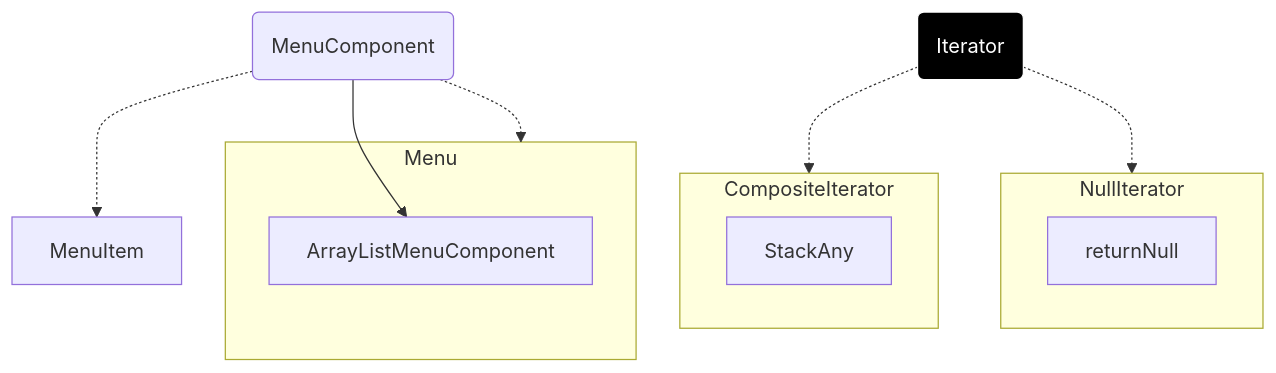
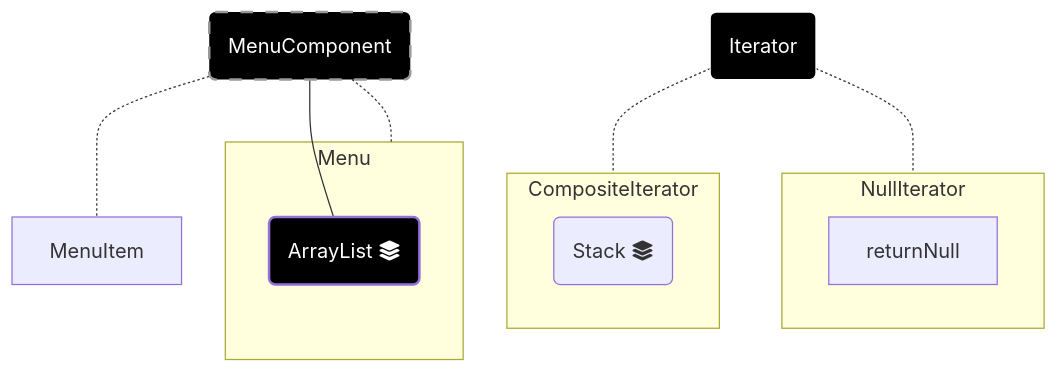
Before and after one commit to nihonXIM/OOPDesignPatterns: the second of 3 diagrams in README.md, drawn with Mermaid. The commit also changed other lines of this file and 8 other files, not shown here.

````diff
--- a/README.md
+++ b/README.md
@@ -211,29 +232,32 @@
 ```mermaid
+
 flowchart TD
+    
+    
     style Iterator fill: #000, color: #fff, stroke: #fff
+    style ArrayList fill: #000, color: #fff, stroke-width: 2px
+    style MenuComponent fill: #000, color: #fff, stroke: #999, stroke-width: 2px, stroke-dasharray: 10 10
     MenuComponent(MenuComponent)
     Iterator(Iterator)
     MenuItem
     Menu
     NullIterator
     CompositeIterator
 
     subgraph CompositeIterator
-        StackAny
+        Stack(Stack fa:fa-layer-group)
     end    
     subgraph NullIterator
         returnNull
     end
     subgraph Menu
-        ArrayListMenuComponent
+        ArrayList(ArrayList fa:fa-layer-group)
     end
 
-    Iterator -.-> CompositeIterator
-    Iterator -.-> NullIterator
-    MenuComponent -.-> Menu
-    MenuComponent -.-> MenuItem
-    MenuComponent --> ArrayListMenuComponent
-    
-
+    Iterator -.- CompositeIterator
+    Iterator -.- NullIterator
+    MenuComponent -.- Menu
+    MenuComponent -.- MenuItem
+    MenuComponent --- ArrayList
 
 ```
````
